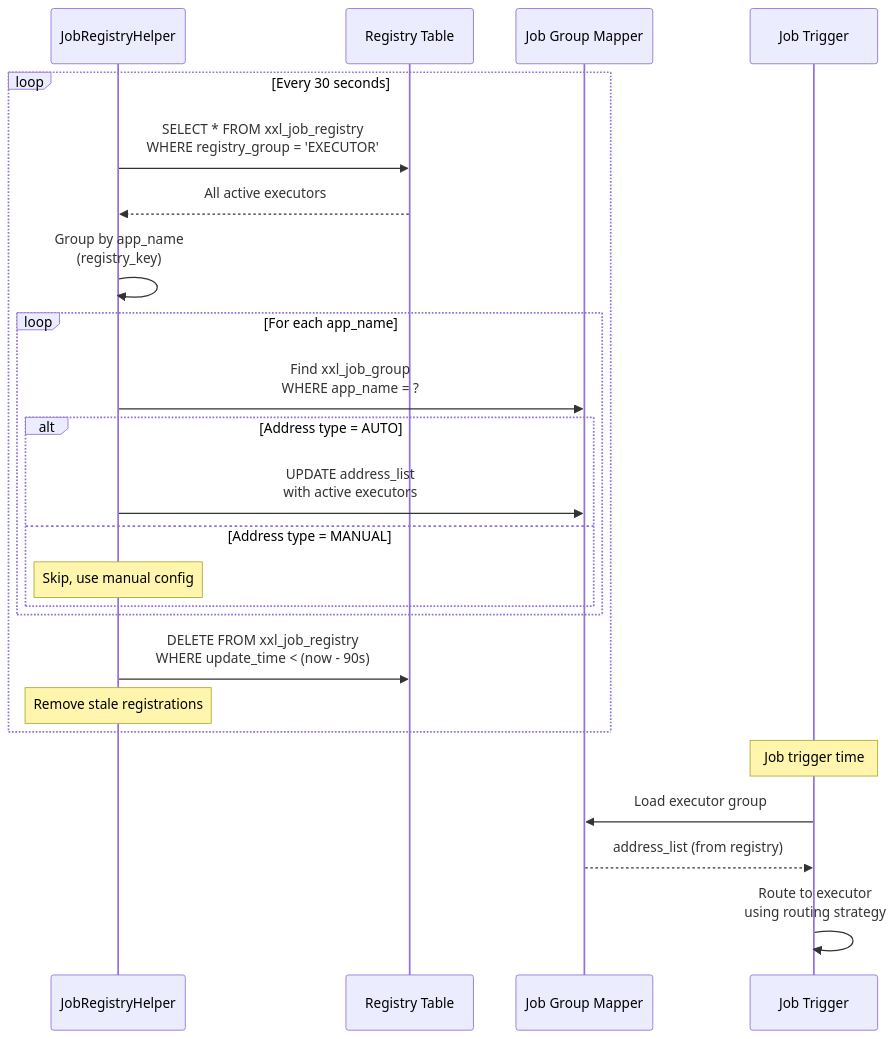
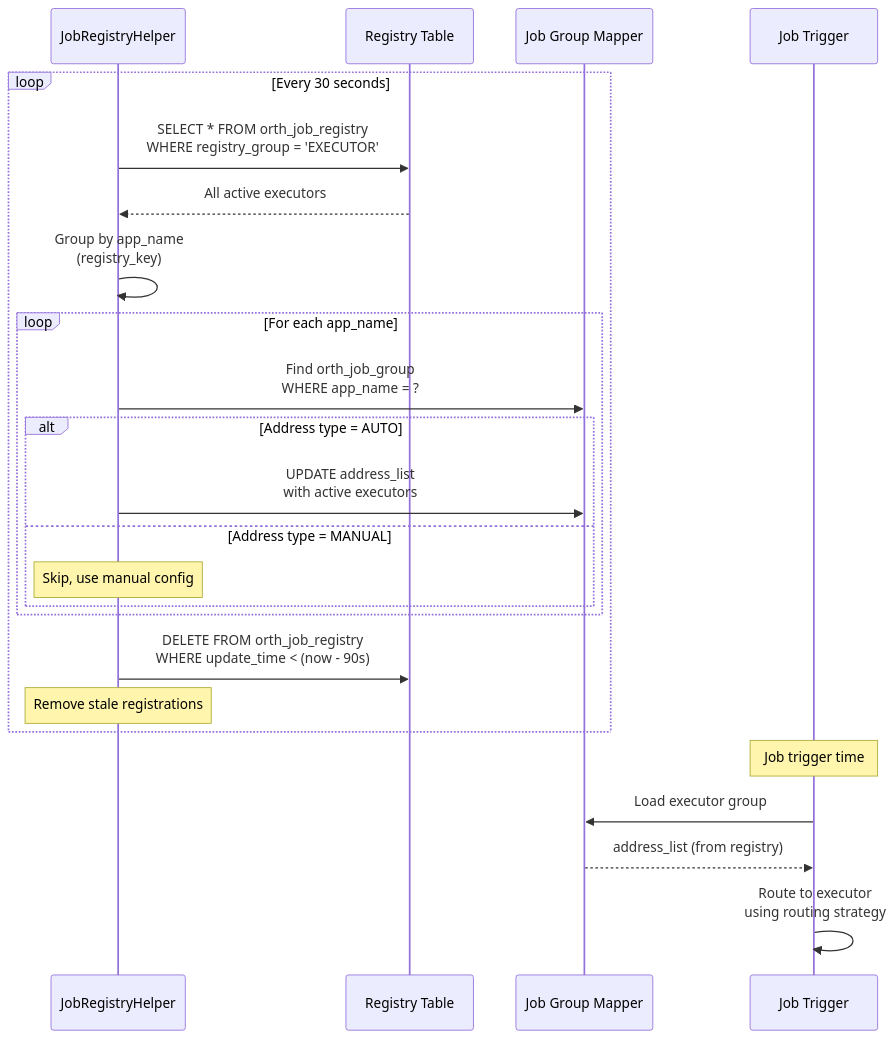
One commit to zombie12138/orth changed the fourth of 15 diagrams in arch/01-registry-and-discovery.md. Above: the diagram before and after it, drawn with Mermaid. The commit also changed other lines of this file and 576 other files, not shown here.

First line of the commit message:
refactor: rename xxl-job → orth across entire project

````diff
--- a/arch/01-registry-and-discovery.md
+++ b/arch/01-registry-and-discovery.md
@@ -110,32 +110,32 @@
 ```mermaid
 sequenceDiagram
     participant Monitor as JobRegistryHelper
     participant Registry as Registry Table
     participant GroupMapper as Job Group Mapper
     participant Trigger as Job Trigger
     
     loop Every 30 seconds
-        Monitor->>Registry: SELECT * FROM xxl_job_registry<br/>WHERE registry_group = 'EXECUTOR'
+        Monitor->>Registry: SELECT * FROM orth_job_registry<br/>WHERE registry_group = 'EXECUTOR'
         Registry-->>Monitor: All active executors
         
         Monitor->>Monitor: Group by app_name<br/>(registry_key)
         
         loop For each app_name
-            Monitor->>GroupMapper: Find xxl_job_group<br/>WHERE app_name = ?
+            Monitor->>GroupMapper: Find orth_job_group<br/>WHERE app_name = ?
             
             alt Address type = AUTO
                 Monitor->>GroupMapper: UPDATE address_list<br/>with active executors
             else Address type = MANUAL
                 Note over Monitor: Skip, use manual config
             end
         end
         
-        Monitor->>Registry: DELETE FROM xxl_job_registry<br/>WHERE update_time < (now - 90s)
+        Monitor->>Registry: DELETE FROM orth_job_registry<br/>WHERE update_time < (now - 90s)
         Note over Monitor: Remove stale registrations
     end
     
     Note over Trigger: Job trigger time
     Trigger->>GroupMapper: Load executor group
     GroupMapper-->>Trigger: address_list (from registry)
     Trigger->>Trigger: Route to executor<br/>using routing strategy
 ```
````
